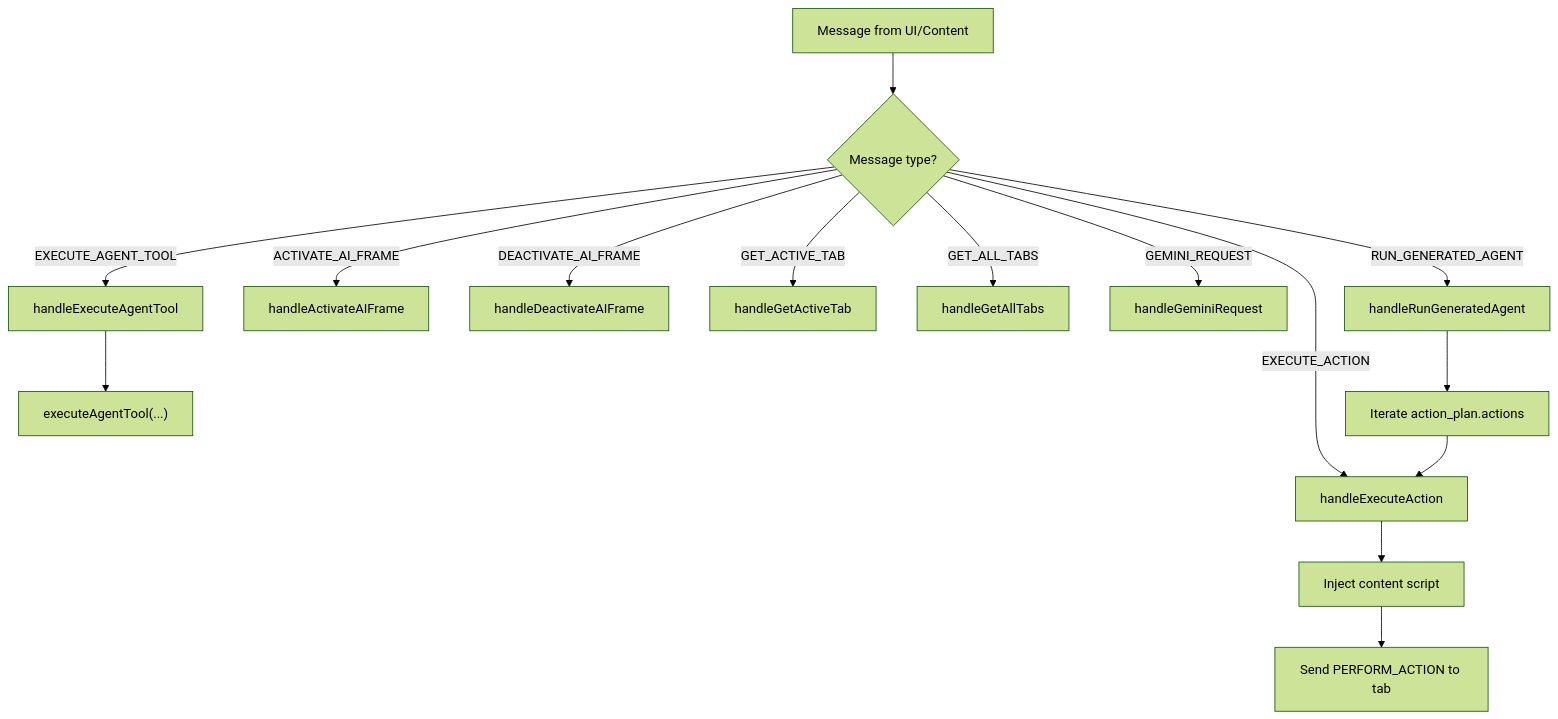
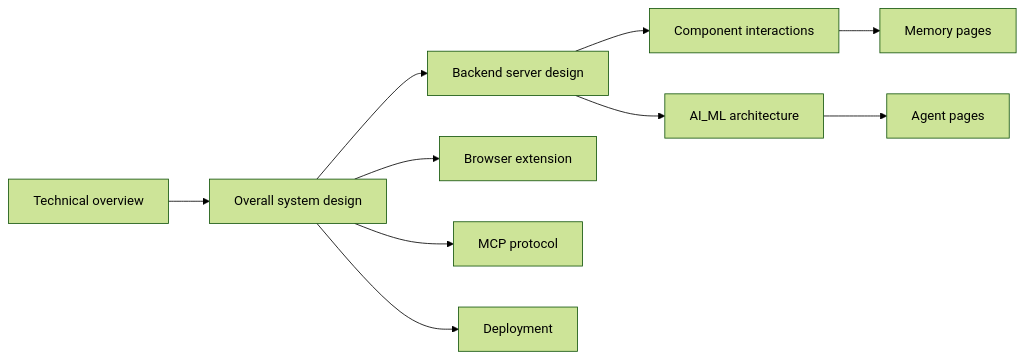
Before and after one commit to tashifkhan/tashif.codes: the third of 5 diagrams in src/data/docs/agentic-browser/System Architecture/System Architecture.md, drawn with Mermaid (forest theme). The commit also changed other lines of this file and 114 other files, not shown here.

````diff
--- a/src/data/docs/agentic-browser/System Architecture/System Architecture.md
+++ b/src/data/docs/agentic-browser/System Architecture/System Architecture.md
@@ -197,17 +109,12 @@
 ```mermaid
-flowchart TD
-Msg["Message from UI/Content"] --> Type{"Message type?"}
-Type --> |EXECUTE_AGENT_TOOL| ExecTool["handleExecuteAgentTool"]
-Type --> |ACTIVATE_AI_FRAME| ActFrame["handleActivateAIFrame"]
-Type --> |DEACTIVATE_AI_FRAME| DeactFrame["handleDeactivateAIFrame"]
-Type --> |GET_ACTIVE_TAB| GetActive["handleGetActiveTab"]
-Type --> |GET_ALL_TABS| GetAll["handleGetAllTabs"]
-Type --> |EXECUTE_ACTION| ExecAct["handleExecuteAction"]
-Type --> |GEMINI_REQUEST| Gemini["handleGeminiRequest"]
-Type --> |RUN_GENERATED_AGENT| RunAgent["handleRunGeneratedAgent"]
-ExecAct --> Inject["Inject content script"]
-Inject --> SendMsg["Send PERFORM_ACTION to tab"]
-ExecTool --> CallTool["executeAgentTool(...)"]
-RunAgent --> Loop["Iterate action_plan.actions"]
-Loop --> ExecAct
+flowchart LR
+  Tech["Technical overview"] --> Sys["Overall system design"]
+  Sys --> Back["Backend server design"]
+  Sys --> Front["Browser extension"]
+  Back --> Flow["Component interactions"]
+  Sys --> MCP["MCP protocol"]
+  Back --> AI["AI_ML architecture"]
+  Sys --> Deploy["Deployment"]
+  Flow --> Mem["Memory pages"]
+  AI --> Agents["Agent pages"]
 ```
````
